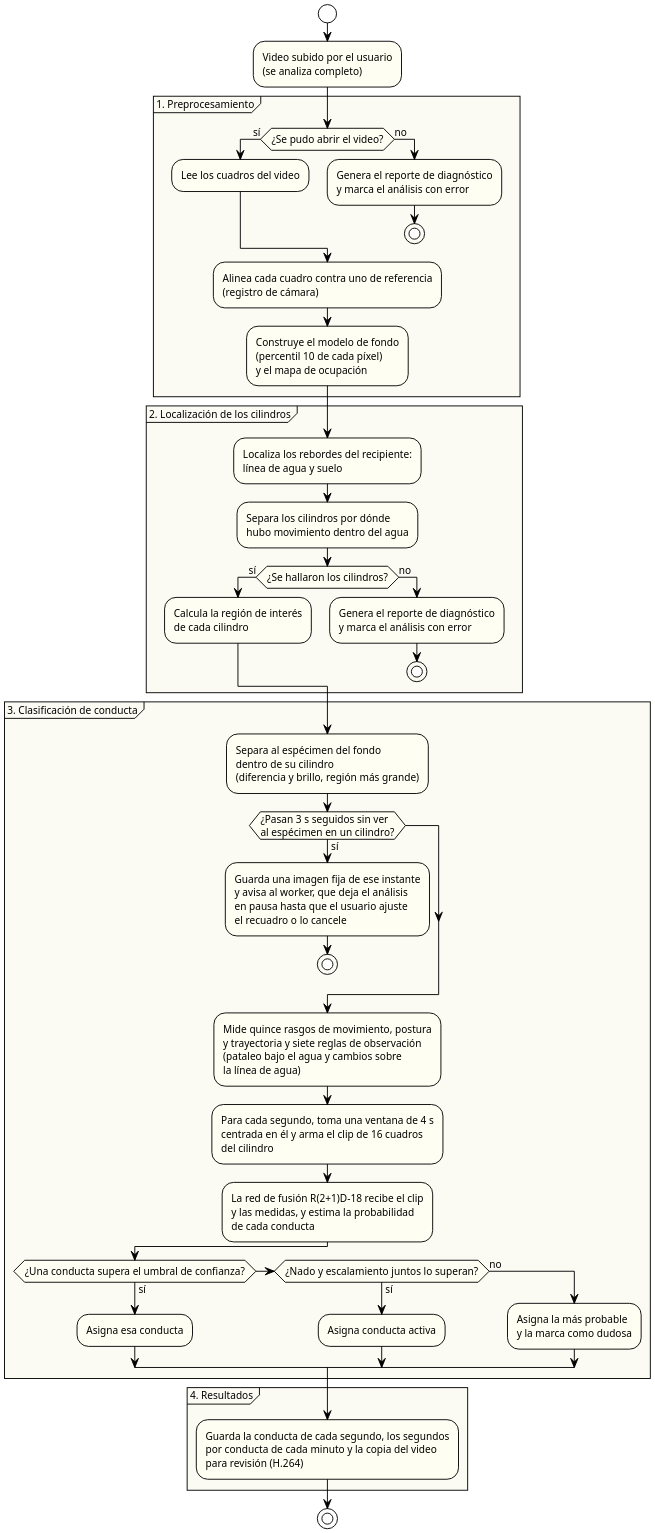
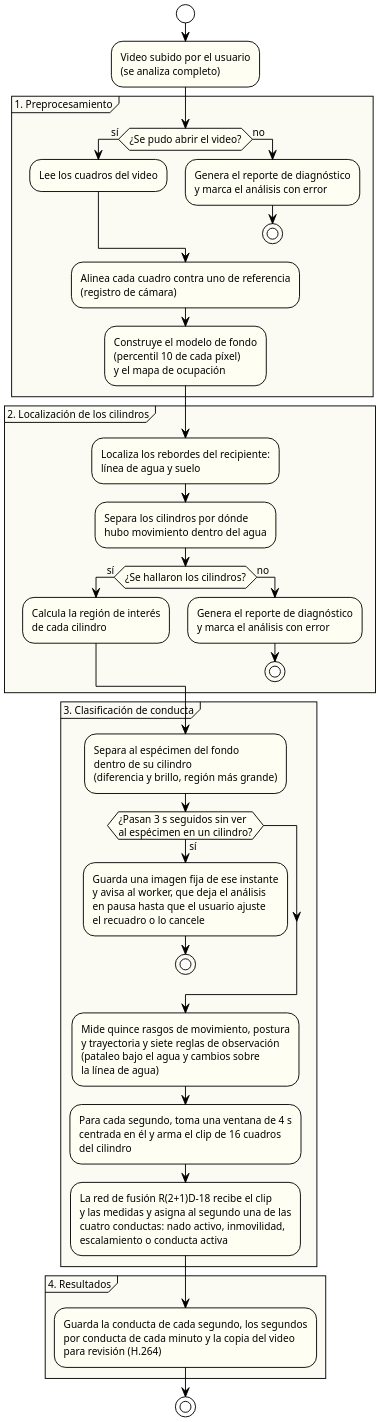
Before and after one commit to ErickJester/fst-ai-system-latex: the diagram in diagramas/pipeline.puml, drawn with PlantUML. The commit also changed 42 other files, not shown here.

```diff
--- a/diagramas/pipeline.puml
+++ b/diagramas/pipeline.puml
@@ -1,82 +1,76 @@
 @startuml pipeline
 ' ================================================================
 '  Pipeline de analisis conductual — FST
 '  TT 2026-B066 | ESCOM-IPN
 ' ----------------------------------------------------------------
 '  Reemplaza a figures/mermaid/pipeline.png (Mermaid sin fuente en
 '  el repo), que mostraba cinco modulos con YOLOv8 + ByteTrack y
 '  ResNet-18/50 con respaldo por geometria. Se rehace desde el texto
 '  vigente del cap. 5 (Modulos 1-4) y el etiquetador real (fst_auto):
 '
 '  - Sin modulo de seguimiento (CLA-02, 5-oct): un especimen por
 '    cilindro, asi que no hay tracker. Las etapas son las de D-16
 '    revisado: preprocesamiento, cilindros, clasificacion.
 '  - Clasificacion (D-66): la red de fusion R(2+1)D-18 es el clasificador:
 '    recibe el clip de 16 cuadros de una ventana de 4 s y una rama de
-'    medidas (15 rasgos y 7 reglas); estima la probabilidad de cada
-'    conducta y la regla de tres pasos decide. El gradient boosting es
+'    medidas (15 rasgos y 7 reglas); entrega solo la conducta de cada
+'    segundo, una de cuatro (D-78, D-94): sin probabilidades ni regla
+'    de confianza. El gradient boosting es
 '    el etiquetador del equipo y aporta los 15 rasgos.
 '  - Preprocesamiento segun fst_auto (CLA-04, 5-oct): sin correccion
 '    de contraste; fondo por percentil 10, no por mediana.
 '
 '  Generar:
 '      java -jar plantuml.jar -tpng diagramas/pipeline.puml
 ' ================================================================
 
 !theme plain
 skinparam defaultFontName Arial
 skinparam defaultFontSize 11
 skinparam shadowing false
 skinparam dpi 200
 skinparam ActivityBackgroundColor #FFFEF2
 skinparam PartitionBackgroundColor #FBFBF4
 
 start
 :Video subido por el usuario\n(se analiza completo);
 
 partition "1. Preprocesamiento" {
   if (¿Se pudo abrir el video?) then (sí)
     :Lee los cuadros del video;
   else (no)
     :Genera el reporte de diagnóstico\ny marca el análisis con error;
     stop
   endif
   :Alinea cada cuadro contra uno de referencia\n(registro de cámara);
   :Construye el modelo de fondo\n(percentil 10 de cada píxel)\ny el mapa de ocupación;
 }
 
 partition "2. Localización de los cilindros" {
   :Localiza los rebordes del recipiente:\nlínea de agua y suelo;
   :Separa los cilindros por dónde\nhubo movimiento dentro del agua;
   if (¿Se hallaron los cilindros?) then (sí)
     :Calcula la región de interés\nde cada cilindro;
   else (no)
     :Genera el reporte de diagnóstico\ny marca el análisis con error;
     stop
   endif
 }
 
 partition "3. Clasificación de conducta" {
   :Separa al espécimen del fondo\ndentro de su cilindro\n(diferencia y brillo, región más grande);
   if (¿Pasan 3 s seguidos sin ver\nal espécimen en un cilindro?) then (sí)
     :Guarda una imagen fija de ese instante\ny avisa al worker, que deja el análisis\nen pausa hasta que el usuario ajuste\nel recuadro o lo cancele;
     stop
   endif
   :Mide quince rasgos de movimiento, postura\ny trayectoria y siete reglas de observación\n(pataleo bajo el agua y cambios sobre\nla línea de agua);
   :Para cada segundo, toma una ventana de 4 s\ncentrada en él y arma el clip de 16 cuadros\ndel cilindro;
-  :La red de fusión R(2+1)D-18 recibe el clip\ny las medidas, y estima la probabilidad\nde cada conducta;
-  if (¿Una conducta supera el umbral de confianza?) then (sí)
-    :Asigna esa conducta;
-  elseif (¿Nado y escalamiento juntos lo superan?) then (sí)
-    :Asigna conducta activa;
-  else (no)
-    :Asigna la más probable\ny la marca como dudosa;
-  endif
+  :La red de fusión R(2+1)D-18 recibe el clip\ny las medidas y asigna al segundo una de las\ncuatro conductas: nado activo, inmovilidad,\nescalamiento o conducta activa;
 }
 
 partition "4. Resultados" {
   :Guarda la conducta de cada segundo, los segundos\npor conducta de cada minuto y la copia del video\npara revisión (H.264);
 }
 stop
 
 @enduml
```
